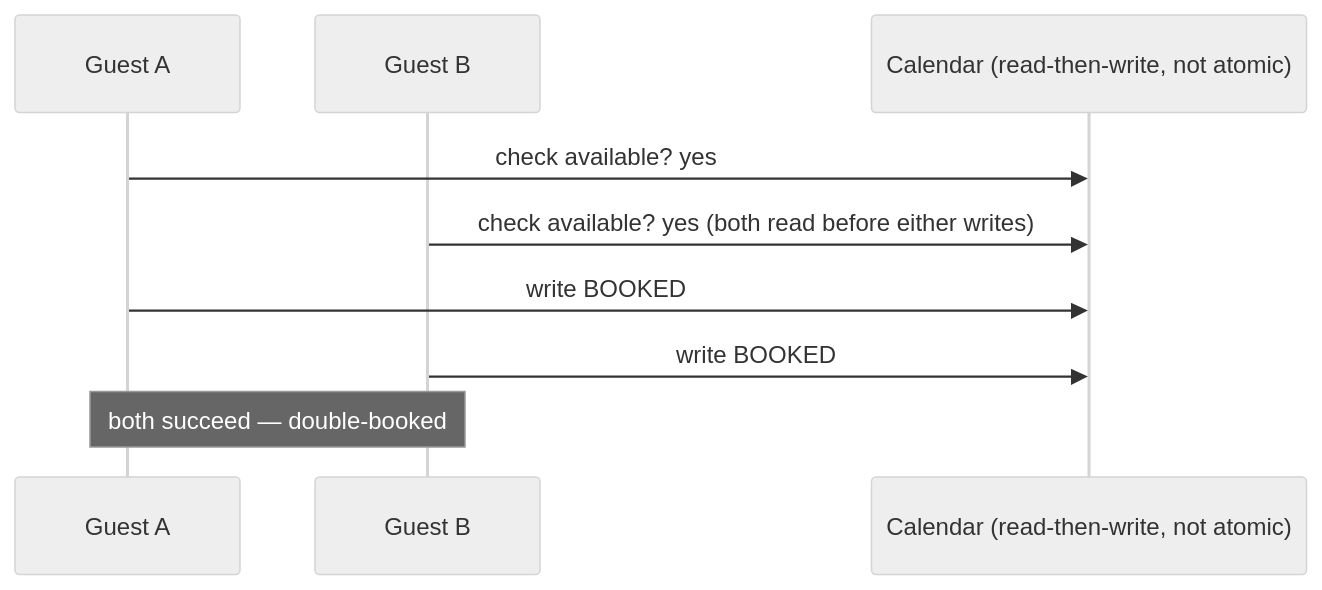
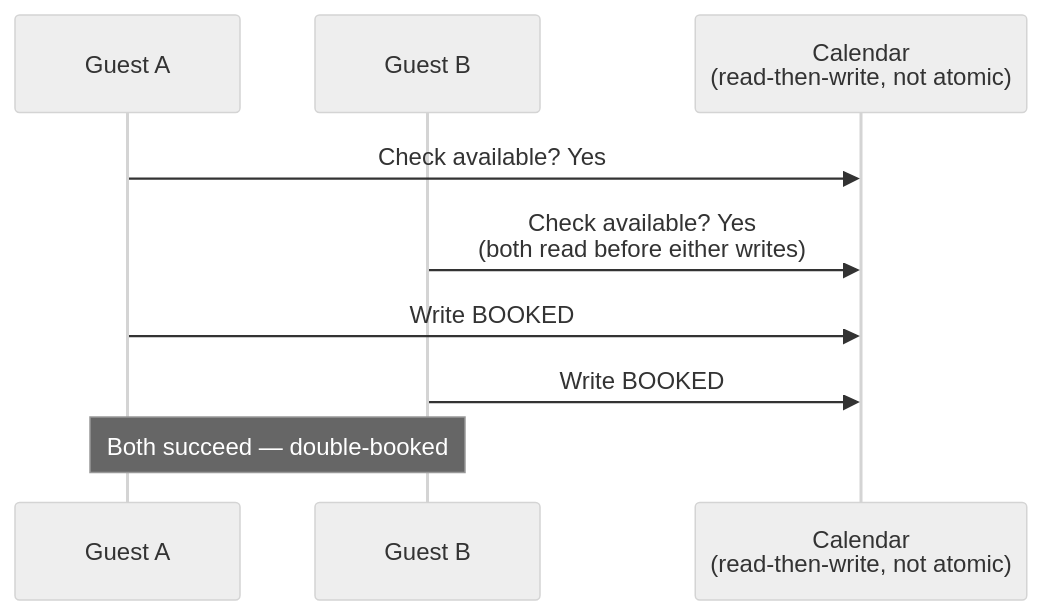
Before and after one commit to riyaz-pasha/Learnings: the fifth of 16 diagrams in system-design/HLD/0-course/52-Design-Airbnb-Search-Ranking-FAANG-Guide-story.md, drawn with Mermaid (neutral theme). The commit also changed other lines of this file and 1 other file, not shown here.

Commit message:
[REWRITE] Airbnb Search Ranking story guide: simplify prose, add structure, fix diagrams

````diff
--- a/system-design/HLD/0-course/52-Design-Airbnb-Search-Ranking-FAANG-Guide-story.md
+++ b/system-design/HLD/0-course/52-Design-Airbnb-Search-Ranking-FAANG-Guide-story.md
@@ -92,11 +222,11 @@
 ```mermaid
 sequenceDiagram
     participant A as Guest A
     participant B as Guest B
-    participant Cal as Calendar (read-then-write, not atomic)
-    A->>Cal: check available? yes
-    B->>Cal: check available? yes (both read before either writes)
-    A->>Cal: write BOOKED
-    B->>Cal: write BOOKED
-    Note over A,B: both succeed — double-booked
+    participant Cal as Calendar<br/>(read-then-write, not atomic)
+    A->>Cal: Check available? Yes
+    B->>Cal: Check available? Yes<br/>(both read before either writes)
+    A->>Cal: Write BOOKED
+    B->>Cal: Write BOOKED
+    Note over A,B: Both succeed — double-booked
 ```
````
